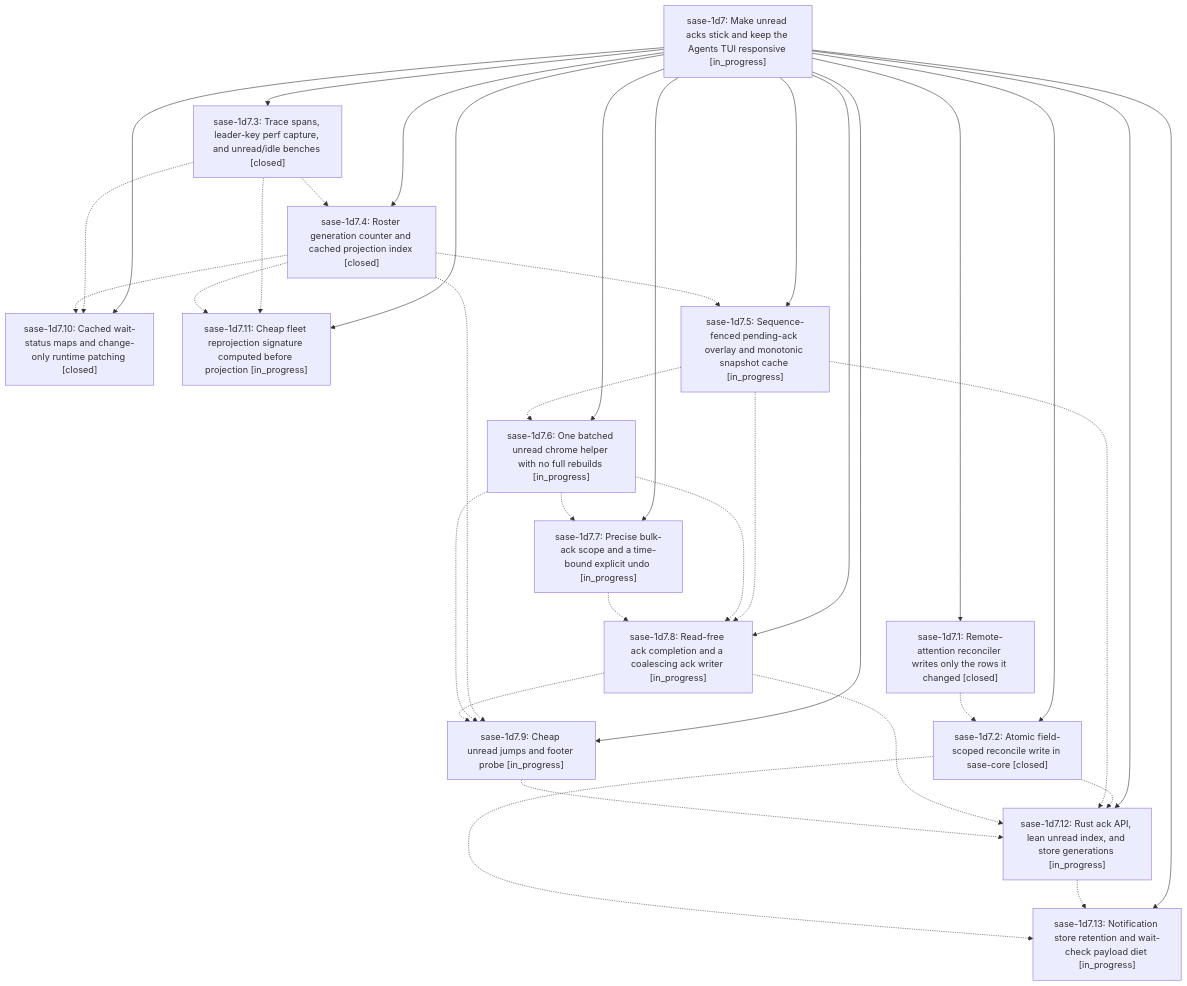
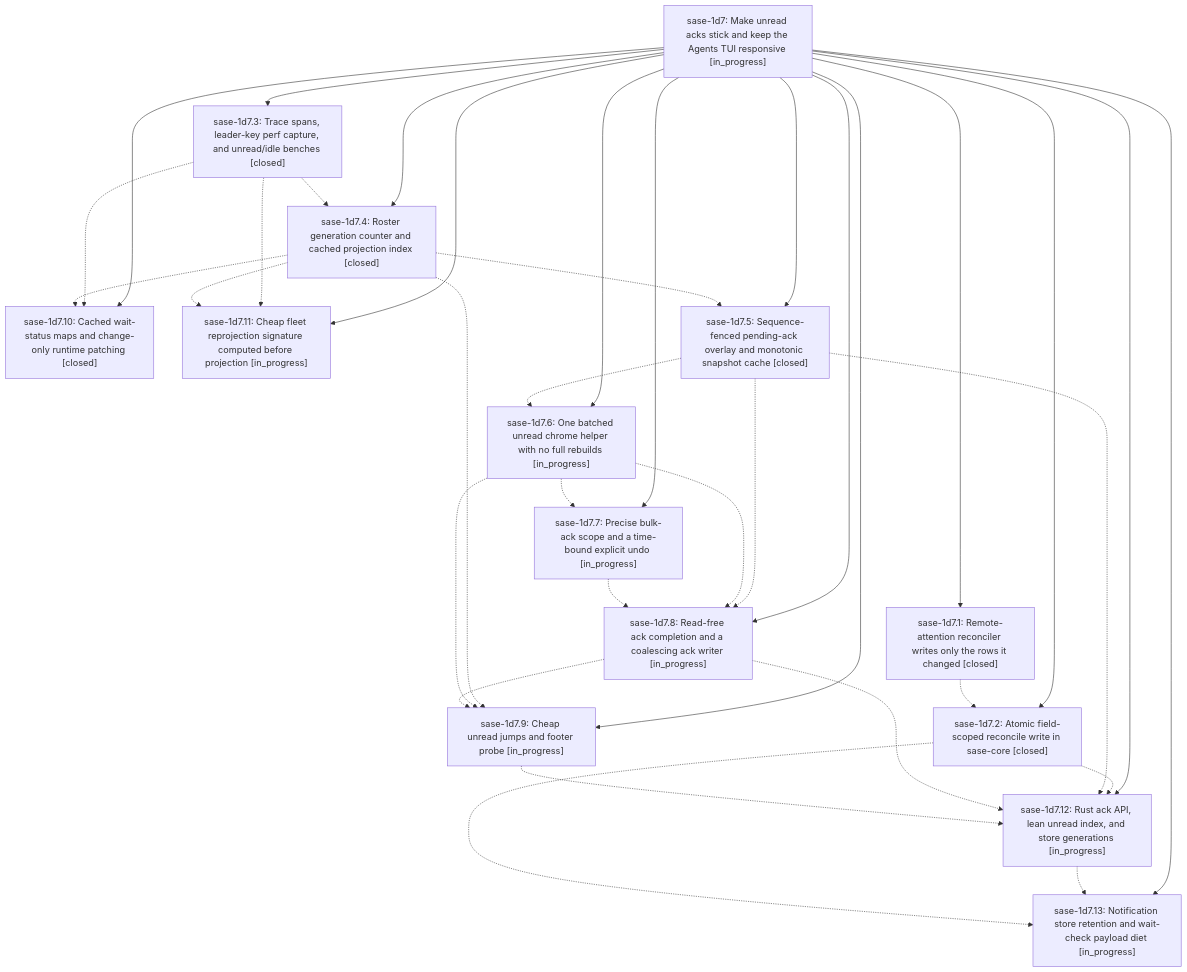
The diagram in pages/sase-1d7/README.md (sase-org/sase--beads), drawn with Mermaid before and after one commit. The commit also changed other lines of this file and 6 other files, not shown here.

````diff
--- a/pages/sase-1d7/README.md
+++ b/pages/sase-1d7/README.md
@@ -34,51 +34,51 @@
 ```mermaid
 flowchart TD
     n0["sase-1d7: Make unread acks stick and keep the Agents TUI responsive [in_progress]"]
     n1["sase-1d7.1: Remote-attention reconciler writes only the rows it changed [closed]"]
     n2["sase-1d7.10: Cached wait-status maps and change-only runtime patching [closed]"]
     n3["sase-1d7.11: Cheap fleet reprojection signature computed before projection [in_progress]"]
     n4["sase-1d7.12: Rust ack API, lean unread index, and store generations [in_progress]"]
     n5["sase-1d7.13: Notification store retention and wait-check payload diet [in_progress]"]
     n6["sase-1d7.2: Atomic field-scoped reconcile write in sase-core [closed]"]
     n7["sase-1d7.3: Trace spans, leader-key perf capture, and unread/idle benches [closed]"]
     n8["sase-1d7.4: Roster generation counter and cached projection index [closed]"]
-    n9["sase-1d7.5: Sequence-fenced pending-ack overlay and monotonic snapshot cache [in_progress]"]
+    n9["sase-1d7.5: Sequence-fenced pending-ack overlay and monotonic snapshot cache [closed]"]
     n10["sase-1d7.6: One batched unread chrome helper with no full rebuilds [in_progress]"]
     n11["sase-1d7.7: Precise bulk-ack scope and a time-bound explicit undo [in_progress]"]
     n12["sase-1d7.8: Read-free ack completion and a coalescing ack writer [in_progress]"]
     n13["sase-1d7.9: Cheap unread jumps and footer probe [in_progress]"]
     n0 --> n1
     n0 --> n2
     n0 --> n3
     n0 --> n4
     n0 --> n5
     n0 --> n6
     n0 --> n7
     n0 --> n8
     n0 --> n9
     n0 --> n10
     n0 --> n11
     n0 --> n12
     n0 --> n13
     n1 -.-> n6
     n4 -.-> n5
     n6 -.-> n4
     n6 -.-> n5
     n7 -.-> n2
     n7 -.-> n3
     n7 -.-> n8
     n8 -.-> n2
     n8 -.-> n3
     n8 -.-> n9
     n8 -.-> n13
     n9 -.-> n4
     n9 -.-> n10
     n9 -.-> n12
     n10 -.-> n11
     n10 -.-> n12
     n10 -.-> n13
     n11 -.-> n12
     n12 -.-> n4
     n12 -.-> n13
     n13 -.-> n4
 ```
````
